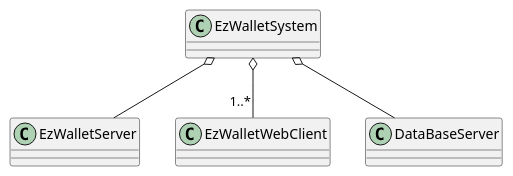
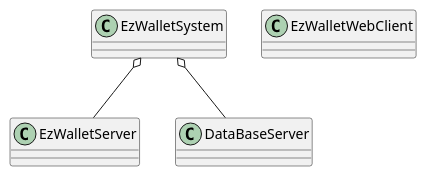
The fourth of 5 diagrams in RequirementsDocumentV1.md (lara-m2000/ezwallet), drawn with PlantUML before and after one commit. The commit also changed other lines of this file, not shown here.

Commit message:
docs: updated deployment diagram and system design

````diff
--- a/RequirementsDocumentV1.md
+++ b/RequirementsDocumentV1.md
@@ -549,14 +549,13 @@
 ```plantuml
 @startuml
 
 class EzWalletSystem
 class EzWalletServer
 class EzWalletWebClient
 
 EzWalletSystem o-- EzWalletServer
 EzWalletSystem o-- DataBaseServer
-EzWalletSystem o-- "1..*" EzWalletWebClient
 
 
 @enduml
 ```
````
